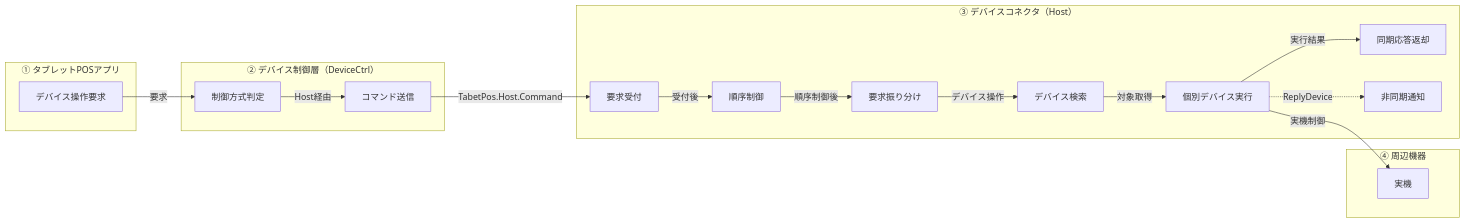
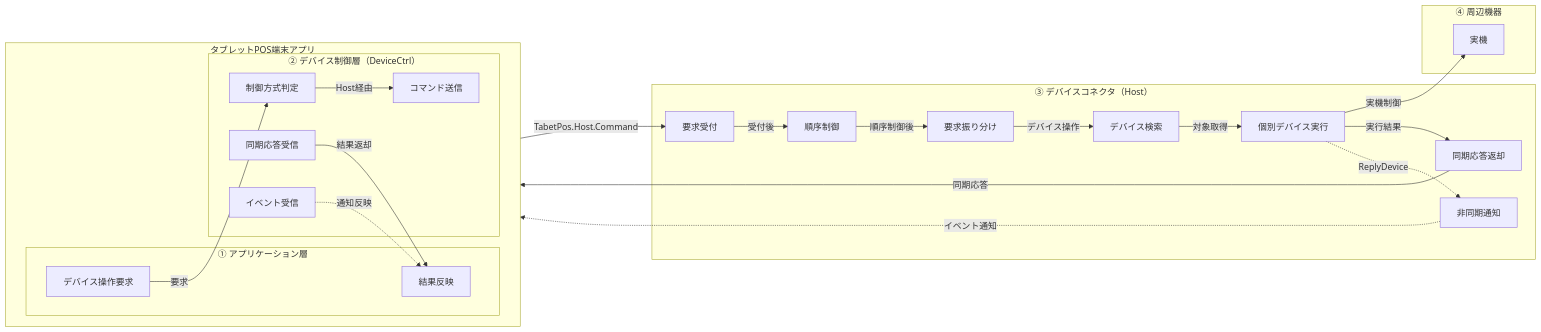
Before and after one commit to vti-sam/smj-ks-pos-stored: the second of 3 diagrams in artifacts/reports/architecture/ARCH-HOST-01_タブレットPOS_デバイスコネクタ基本設計書/ARCH-HOST-01_タブレットPOS_デバイスコネクタ基本設計書.md, drawn with Mermaid. The commit also changed other lines of this file and 4 other files, not shown here.

````diff
--- a/artifacts/reports/architecture/ARCH-HOST-01_タブレットPOS_デバイスコネクタ基本設計書/ARCH-HOST-01_タブレットPOS_デバイスコネクタ基本設計書.md
+++ b/artifacts/reports/architecture/ARCH-HOST-01_タブレットPOS_デバイスコネクタ基本設計書/ARCH-HOST-01_タブレットPOS_デバイスコネクタ基本設計書.md
@@ -249,32 +262,42 @@
 ```mermaid
 flowchart LR
-    subgraph APP["① タブレットPOSアプリ"]
-        S1["デバイス操作要求"]
-    end
-    subgraph CTRL["② デバイス制御層（DeviceCtrl）"]
-        S2["制御方式判定"]
-        S3["コマンド送信"]
+    subgraph TERMINAL["タブレットPOS端末アプリ"]
+        direction LR
+        subgraph APP["① アプリケーション層"]
+            S1["デバイス操作要求"]
+            S12["結果反映"]
+        end
+        subgraph CTRL["② デバイス制御層（DeviceCtrl）"]
+            S2["制御方式判定"]
+            S3["コマンド送信"]
+            S13["同期応答受信"]
+            S14["イベント受信"]
+        end
     end
     subgraph HOST["③ デバイスコネクタ（Host）"]
         S4["要求受付"]
         S5["順序制御"]
         S6["要求振り分け"]
         S7["デバイス検索"]
         S8["個別デバイス実行"]
         S9["同期応答返却"]
         S10["非同期通知"]
     end
     subgraph DEVICE["④ 周辺機器"]
         S11["実機"]
     end
     S1 -->|要求| S2
     S2 -->|Host経由| S3
     S3 -->|TabetPos.Host.Command| S4
     S4 -->|受付後| S5
     S5 -->|順序制御後| S6
     S6 -->|デバイス操作| S7
     S7 -->|対象取得| S8
     S8 -->|実機制御| S11
     S8 -->|実行結果| S9
     S8 -.->|ReplyDevice| S10
+    S9 -->|同期応答| S13
+    S13 -->|結果返却| S12
+    S10 -.->|イベント通知| S14
+    S14 -.->|通知反映| S12
 ```
````
